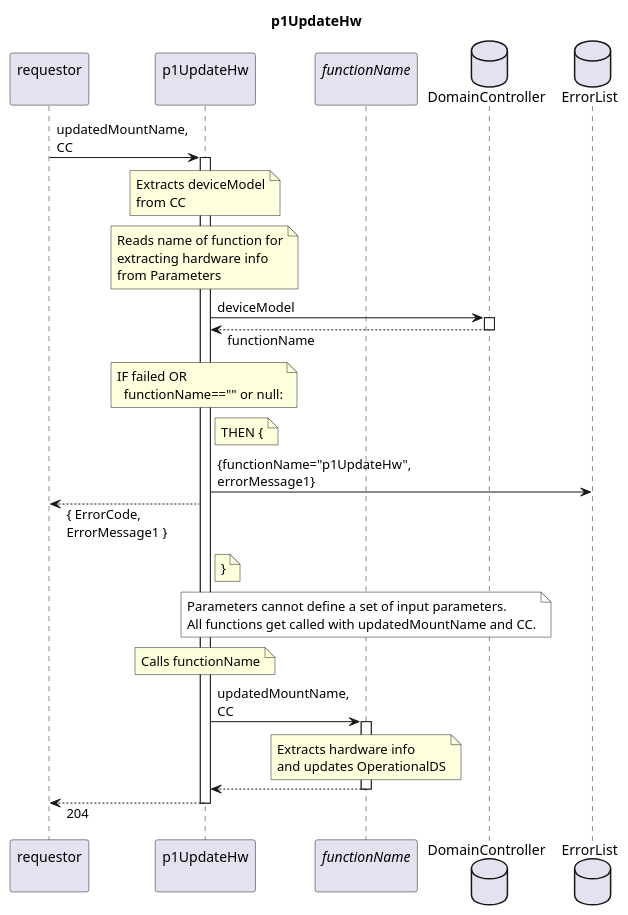
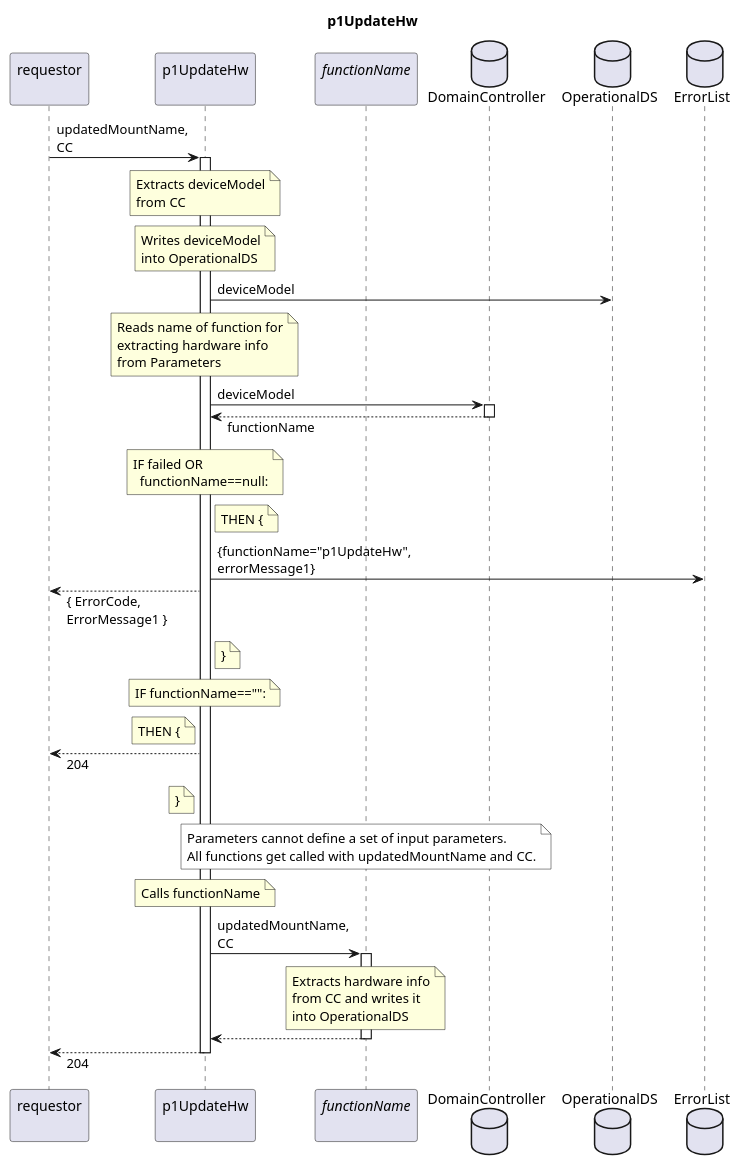
One commit to openBackhaul/FirmWareManager changed the diagram in spec/Functions/Measurement/p1UpdateHw/1.0.0/p1UpdateHw.plantuml. Above: the diagram before and after it, drawn with PlantUML. The commit also changed 23 other files, not shown here.

Commit message:
Add sequence diagrams for deviceModel specific fw

```diff
--- a/spec/Functions/Measurement/p1UpdateHw/1.0.0/p1UpdateHw.plantuml
+++ b/spec/Functions/Measurement/p1UpdateHw/1.0.0/p1UpdateHw.plantuml
@@ -1,65 +1,82 @@
 @startuml p1UpdateHw
 skinparam responseMessageBelowArrow true
 
 title
   p1UpdateHw
 end title
 
 participant "requestor\n" as requestor
 participant "p1UpdateHw\n" as indServ
 participant "<i>functionName</i>\n" as extrFunc
 
 database "DomainController" as DC
+database "OperationalDS" as OpDS
 database "ErrorList" as hEL
 
 requestor -> indServ: updatedMountName,\nCC
 activate indServ
 
   note over indServ
     Extracts deviceModel
     from CC
   end note
+  note over indServ
+    Writes deviceModel
+    into OperationalDS
+  end note
+  indServ -> OpDS: deviceModel
 
   note over indServ
     Reads name of function for
     extracting hardware info
     from Parameters
   end note
   indServ -> DC: deviceModel
   activate DC
   indServ <-- DC: functionName
   deactivate DC
   note over indServ
     IF failed OR 
-      functionName=="" or null:
+      functionName==null:
   end note
   note right indServ
     THEN {
   end note
   indServ -> hEL: {functionName="p1UpdateHw",\nerrorMessage1}
   requestor <-- indServ: { ErrorCode,\nErrorMessage1 }
   note right indServ
+    }
+  end note
+  note over indServ
+    IF functionName=="":
+  end note
+  note left indServ
+    THEN {
+  end note
+  requestor <-- indServ: 204
+  note left indServ
     }
   end note
 
   note over extrFunc #White
     Parameters cannot define a set of input parameters.
     All functions get called with updatedMountName and CC.
   end note
 
   note over indServ
     Calls functionName
   end note
   indServ -> extrFunc: updatedMountName,\nCC
   activate extrFunc
     note over extrFunc
       Extracts hardware info
-      and updates OperationalDS
+      from CC and writes it
+      into OperationalDS
     end note
   indServ <-- extrFunc
   deactivate extrFunc
 
 requestor <-- indServ: 204
 deactivate indServ
 
 @enduml
```
